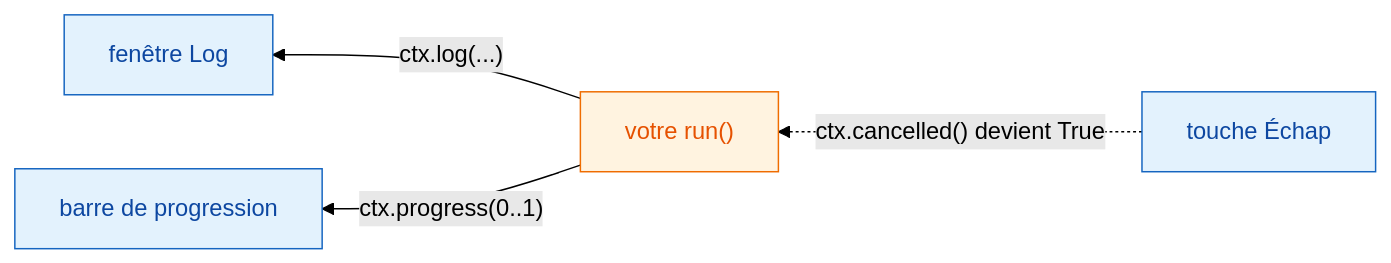
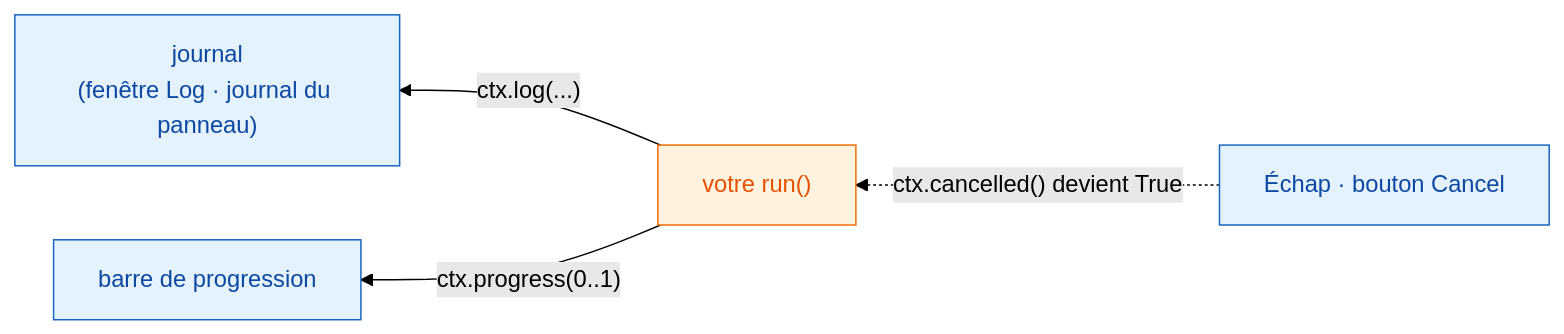
One commit to Oxford-Zeiss-Centre-of-Excellence/Wavu changed the diagram in guide/write/logs-progress-cancel.fr.md. Above: the diagram before and after it, drawn with Mermaid (forest theme). The commit also changed other lines of this file and 70 other files, not shown here.

````diff
--- a/guide/write/logs-progress-cancel.fr.md
+++ b/guide/write/logs-progress-cancel.fr.md
@@ -17,13 +26,13 @@
 ```mermaid
 flowchart RL
     S["votre run()"]:::script
-    L["fenêtre Log"]:::fiji
+    L["journal<br/>(fenêtre Log · journal du panneau)"]:::fiji
     P["barre de progression"]:::fiji
-    E["touche Échap"]:::fiji
+    E["Échap · bouton Cancel"]:::fiji
     S -- "ctx.log(...)" --> L
     S -- "ctx.progress(0..1)" --> P
     E -. "ctx.cancelled() devient True" .-> S
 
     classDef fiji   fill:#e3f2fd,stroke:#1565c0,color:#0d47a1
     classDef script fill:#fff3e0,stroke:#ef6c00,color:#e65100
 ```
````
